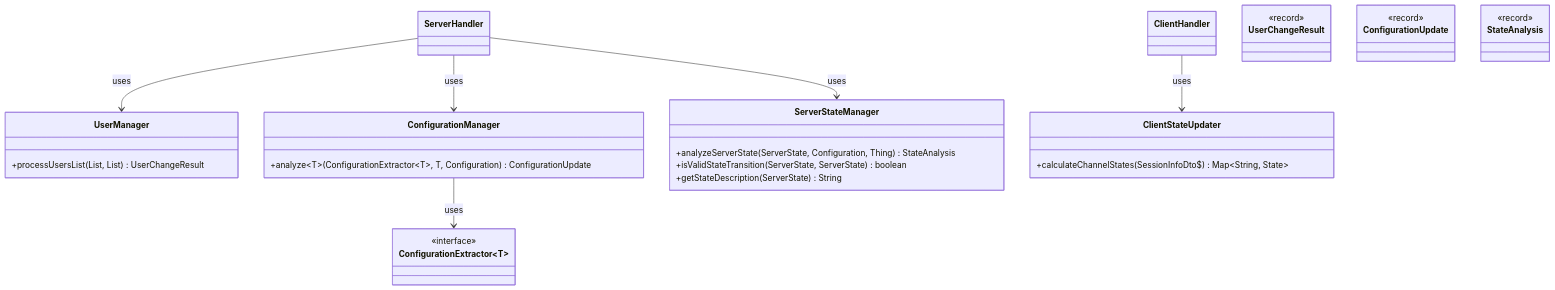
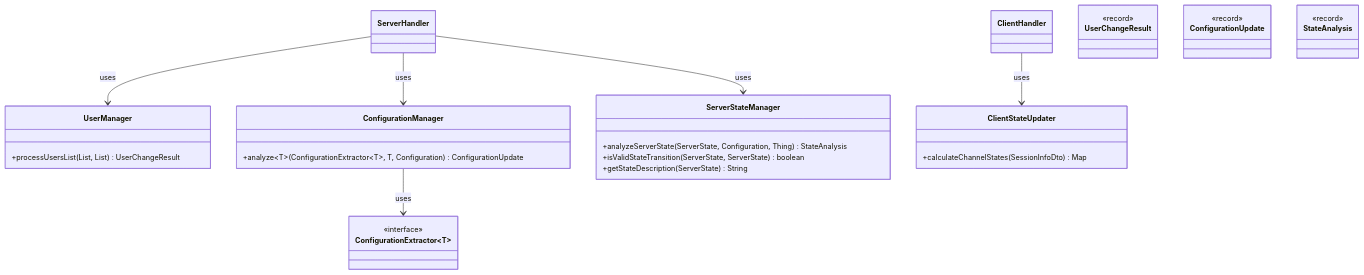
Before and after one commit to openhab/openhab-addons: the first of 2 diagrams in bundles/org.openhab.binding.jellyfin/docs/architecture/utility-classes.md, drawn with Mermaid. The commit also changed other lines of this file and 15 other files, not shown here.

Commit message:
chore(docs): update architecture documentation with Mermaid diagram enhancements and remove obsolete NOTICE file

````diff
--- a/bundles/org.openhab.binding.jellyfin/docs/architecture/utility-classes.md
+++ b/bundles/org.openhab.binding.jellyfin/docs/architecture/utility-classes.md
@@ -6,43 +6,44 @@
 ```mermaid
+%%{init: { 'themeVariables': { 'fontSize': '14px' }, 'class': { 'useMaxWidth': false } } }%%
 classDiagram
     %% Utility classes for separation of concerns
     ServerHandler --> UserManager : uses
     ServerHandler --> ConfigurationManager : uses
     ServerHandler --> ServerStateManager : uses
     ClientHandler --> ClientStateUpdater : uses
 
     class UserManager {
         +processUsersList(List, List) UserChangeResult
     }
 
     class ConfigurationManager {
         +analyze~T~(ConfigurationExtractor~T~, T, Configuration) ConfigurationUpdate
     }
 
     class ConfigurationExtractor~T~ {
         <<interface>>
     }
 
     ConfigurationManager --> ConfigurationExtractor : uses
 
     class ServerStateManager {
         +analyzeServerState(ServerState, Configuration, Thing) StateAnalysis
         +isValidStateTransition(ServerState, ServerState) boolean
         +getStateDescription(ServerState) String
     }
 
     class ClientStateUpdater {
-        +calculateChannelStates(SessionInfoDto$) Map~String, State~
+        +calculateChannelStates(SessionInfoDto) Map
     }
 
-    %% Records for immutable data transfer (details omitted, see Record Details section)
+    %% Records for immutable data transfer (stubs; see Record Details below)
     class UserChangeResult {
         <<record>>
     }
     class ConfigurationUpdate {
         <<record>>
     }
     class StateAnalysis {
         <<record>>
     }
 ```
````
